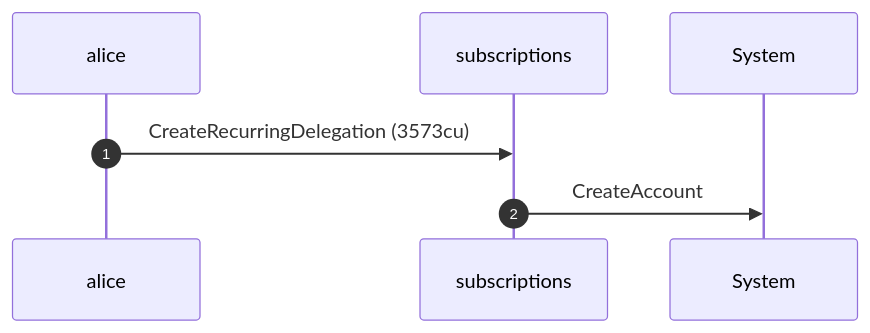
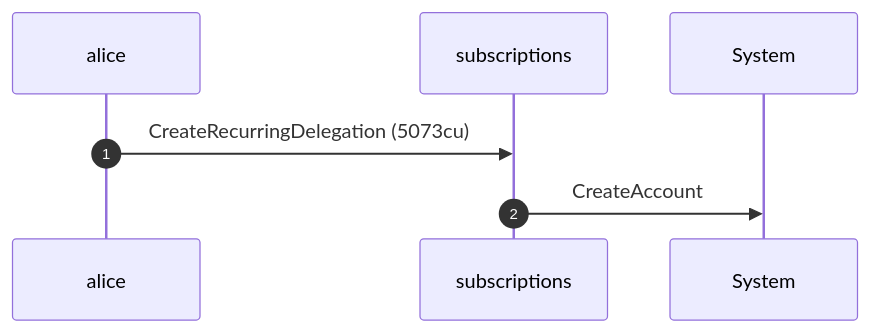
The fifth of 8 diagrams in dsl_tests/a-non-delegator-cannot-revoke.md (cds-rs/subscriptions), drawn with Mermaid before and after one commit. The commit also changed other lines of this file and 224 other files, not shown here.

````diff
--- a/dsl_tests/a-non-delegator-cannot-revoke.md
+++ b/dsl_tests/a-non-delegator-cannot-revoke.md
@@ -104,9 +110,9 @@
 ```mermaid
 sequenceDiagram
     autonumber
     participant alice
     participant subscriptions
     participant System
-    alice ->> subscriptions: CreateRecurringDelegation (3573cu)
+    alice ->> subscriptions: CreateRecurringDelegation (5073cu)
     subscriptions ->> System: CreateAccount
 ```
````
